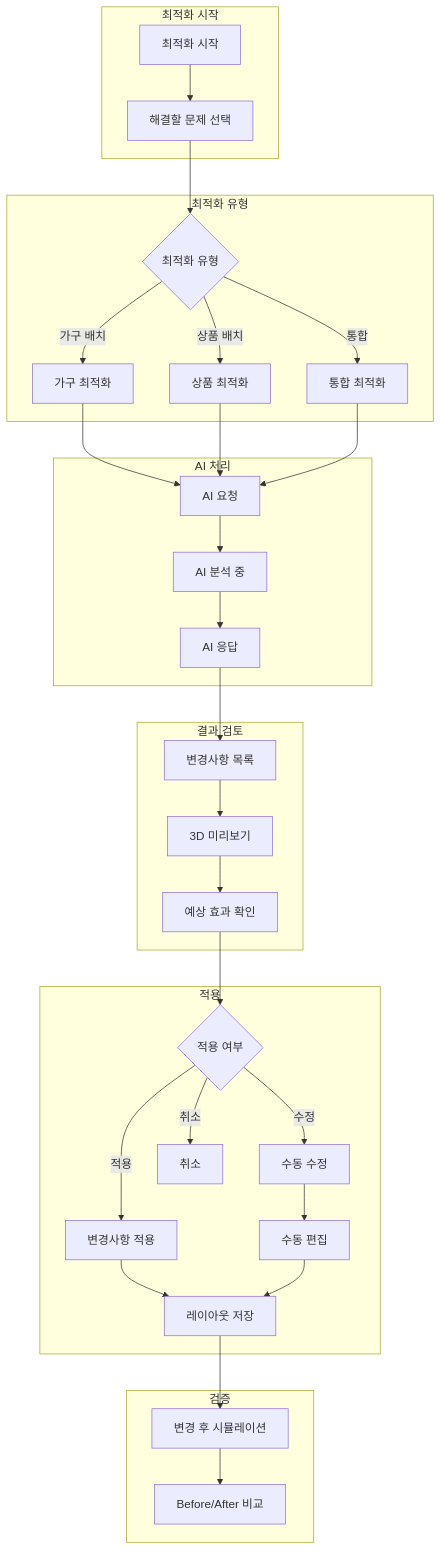
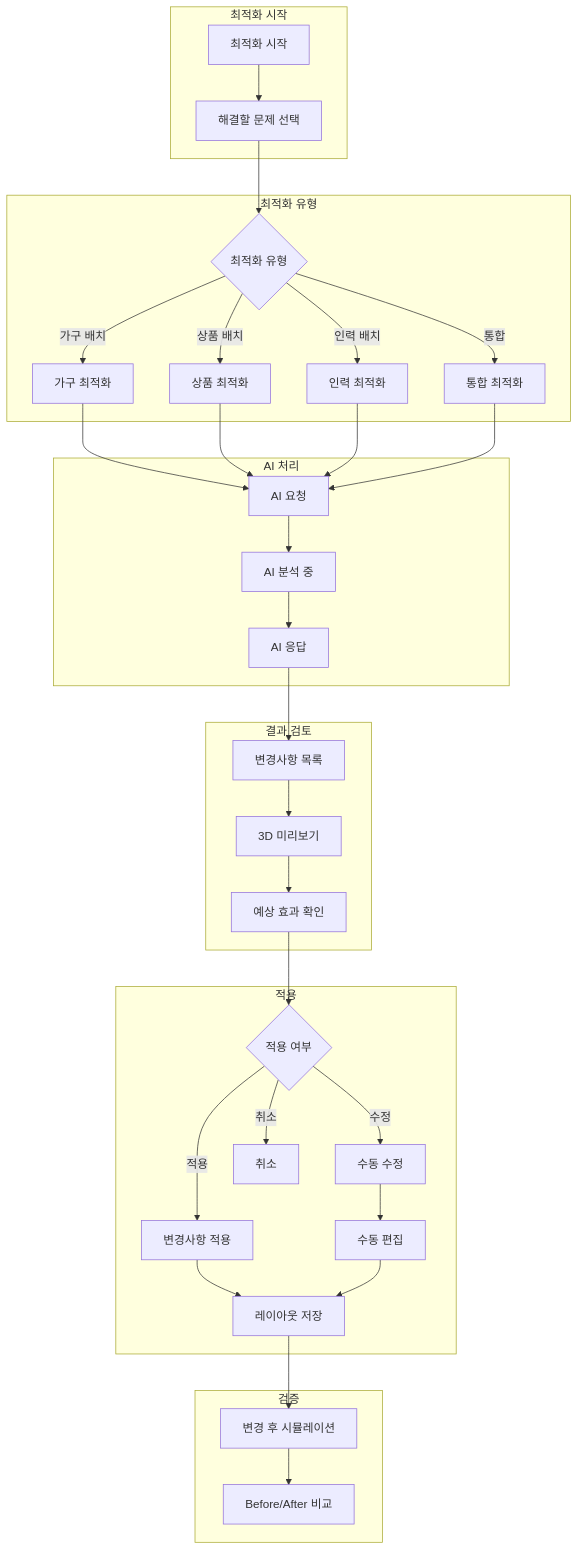
Diagram 12 of 18 in docs/NEURALTWIN_USER_FLOW.md (sungshincho/Customer_Dashboard), drawn with Mermaid before and after one commit. The commit also changed other lines of this file and 4 other files, not shown here.

````diff
--- a/docs/NEURALTWIN_USER_FLOW.md
+++ b/docs/NEURALTWIN_USER_FLOW.md
@@ -519,57 +521,59 @@
 ```mermaid
 flowchart TB
     subgraph "최적화 시작"
         START[최적화 시작]
         ISSUE_SELECT[해결할 문제 선택]
     end
 
     subgraph "최적화 유형"
         TYPE{최적화 유형}
         TYPE -->|가구 배치| FURNITURE[가구 최적화]
         TYPE -->|상품 배치| PRODUCT[상품 최적화]
+        TYPE -->|인력 배치| STAFFING[인력 최적화]
         TYPE -->|통합| BOTH[통합 최적화]
     end
 
     subgraph "AI 처리"
         AI_REQUEST[AI 요청]
         AI_PROCESS[AI 분석 중]
         AI_RESPONSE[AI 응답]
     end
 
     subgraph "결과 검토"
         REVIEW_CHANGES[변경사항 목록]
         PREVIEW_3D[3D 미리보기]
         EXPECTED_EFFECT[예상 효과 확인]
     end
 
     subgraph "적용"
         APPLY_DECISION{적용 여부}
         APPLY_DECISION -->|적용| APPLY[변경사항 적용]
         APPLY_DECISION -->|수정| MODIFY[수동 수정]
         APPLY_DECISION -->|취소| CANCEL[취소]
 
         APPLY --> SAVE[레이아웃 저장]
         MODIFY --> MANUAL_EDIT[수동 편집]
         MANUAL_EDIT --> SAVE
     end
 
     subgraph "검증"
         VERIFY_SIM[변경 후 시뮬레이션]
         COMPARE[Before/After 비교]
     end
 
     START --> ISSUE_SELECT --> TYPE
     FURNITURE --> AI_REQUEST
     PRODUCT --> AI_REQUEST
+    STAFFING --> AI_REQUEST
     BOTH --> AI_REQUEST
 
     AI_REQUEST --> AI_PROCESS --> AI_RESPONSE
 
     AI_RESPONSE --> REVIEW_CHANGES
     REVIEW_CHANGES --> PREVIEW_3D
     PREVIEW_3D --> EXPECTED_EFFECT
 
     EXPECTED_EFFECT --> APPLY_DECISION
 
     SAVE --> VERIFY_SIM --> COMPARE
 ```
````
